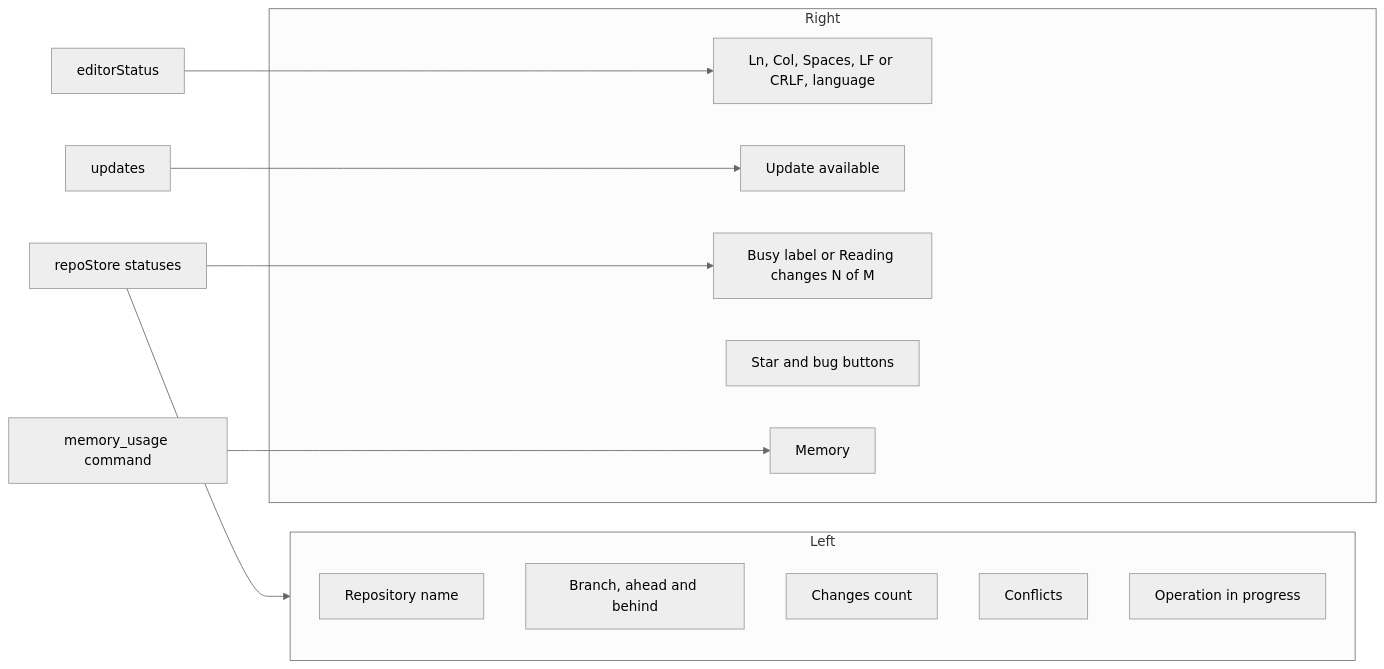
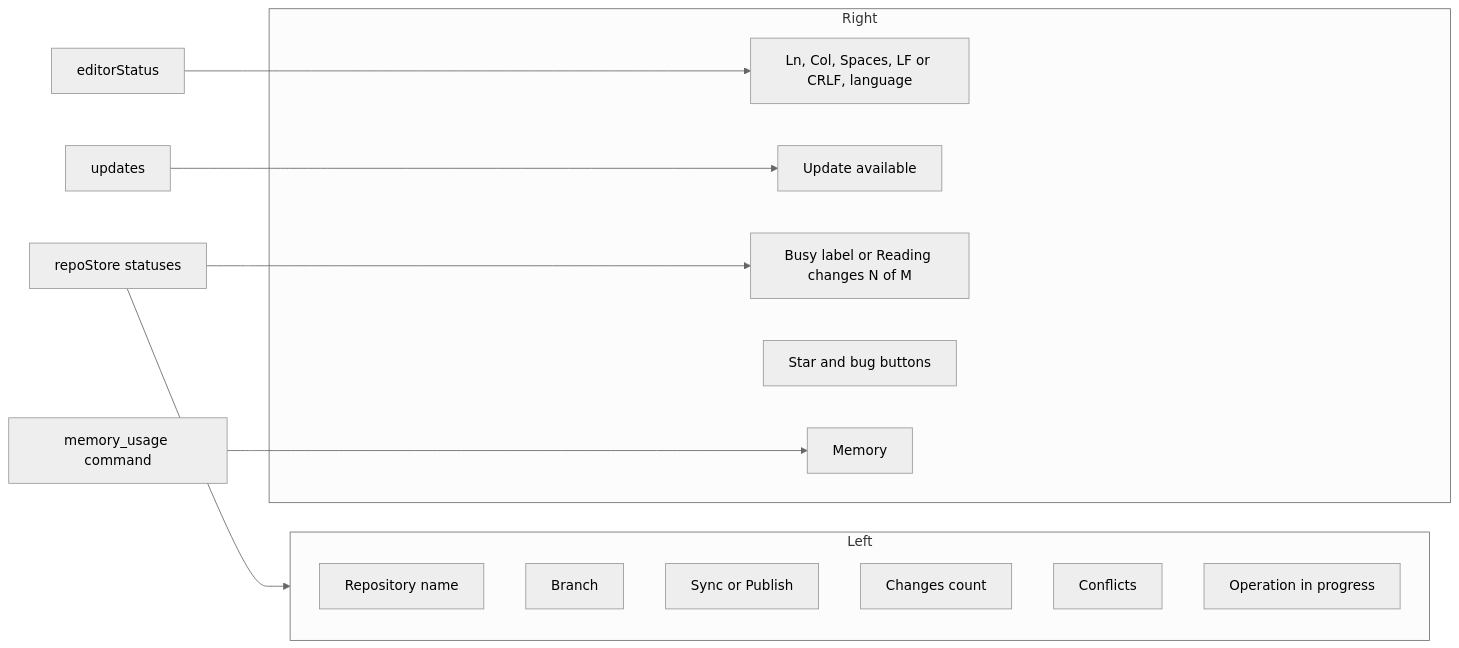
The first of 4 diagrams in docs/wiki/developer/How-the-Status-Bar-Works.md (shibbirweb/git-manager), drawn with Mermaid (neutral theme) before and after one commit. The commit also changed other lines of this file and 3 other files, not shown here.

Commit message:
feat:[GM-8] sync item after the branch in the status bar and a capped branch name

````diff
--- a/docs/wiki/developer/How-the-Status-Bar-Works.md
+++ b/docs/wiki/developer/How-the-Status-Bar-Works.md
@@ -15,22 +15,23 @@
 ```mermaid
 flowchart LR
     subgraph Left
         R["Repository name"]
-        B["Branch, ahead and behind"]
+        B["Branch"]
+        Y["Sync or Publish"]
         C["Changes count"]
         X["Conflicts"]
         O["Operation in progress"]
     end
     subgraph Right
         F["Ln, Col, Spaces, LF or CRLF, language"]
         U["Update available"]
         W["Busy label or Reading changes N of M"]
         S["Star and bug buttons"]
         M["Memory"]
     end
     RS["repoStore statuses"] --> Left
     ES["editorStatus"] --> F
     UP["updates"] --> U
     RS --> W
     MU["memory_usage command"] --> M
 ```
````
